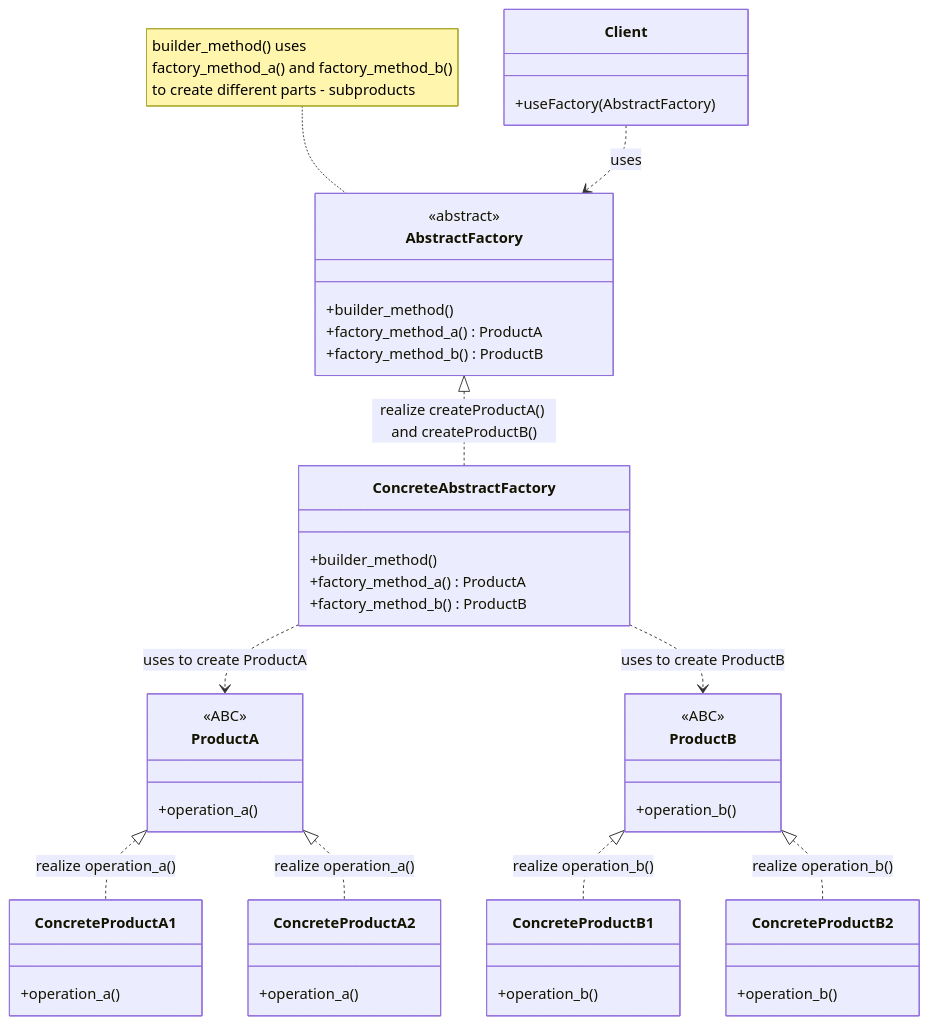
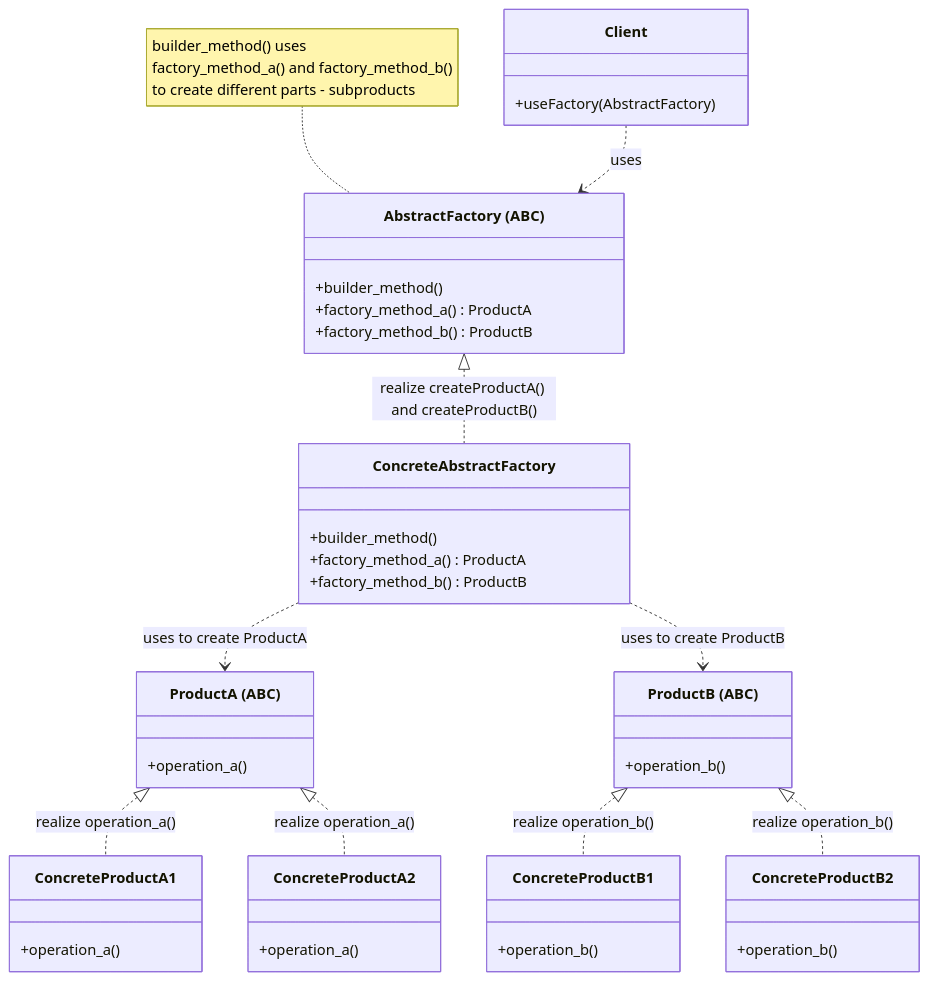
The first of 2 diagrams in design_patterns/docs/1300_abstract_factory.md (arunnambyar/tutorials), drawn with Mermaid before and after one commit. The commit also changed 13 other files, not shown here.

````diff
--- a/design_patterns/docs/1300_abstract_factory.md
+++ b/design_patterns/docs/1300_abstract_factory.md
@@ -29,56 +29,53 @@
 ```mermaid
 classDiagram
     direction TB
 
-    class AbstractFactory {
-        <<abstract>>
+    class AbstractFactory["AbstractFactory (ABC)"] {
         +builder_method()
 
         +factory_method_a() ProductA
         +factory_method_b() ProductB
     }
     class ConcreteAbstractFactory {
         +builder_method()
 
         +factory_method_a() ProductA
         +factory_method_b() ProductB
     }
     note for AbstractFactory "builder_method() uses <br/> factory_method_a() and factory_method_b() <br/> to create different parts - subproducts"
 
-    class ProductA {
-        <<ABC>>
+    class ProductA["ProductA (ABC)"] {
         +operation_a()
     }
-    class ProductB {
-        <<ABC>>
+    class ProductB["ProductB (ABC)"] {
         +operation_b()
     }
     class ConcreteProductA1 {
         +operation_a()
     }
     class ConcreteProductA2 {
         +operation_a()
     }
     class ConcreteProductB1 {
         +operation_b()
     }
     class ConcreteProductB2 {
         +operation_b()
     }
 
     class Client {
         +useFactory(AbstractFactory)
     }
 
     Client ..> AbstractFactory : uses
 
     AbstractFactory <|.. ConcreteAbstractFactory: realize createProductA() and createProductB()
 
     ProductA <|.. ConcreteProductA1: realize operation_a()
     ProductA <|.. ConcreteProductA2: realize operation_a()
     ProductB <|.. ConcreteProductB1: realize operation_b()
     ProductB <|.. ConcreteProductB2: realize operation_b()
     
     ConcreteAbstractFactory ..> ProductA : uses to create ProductA
     ConcreteAbstractFactory ..> ProductB : uses to create ProductB
 ```
````
